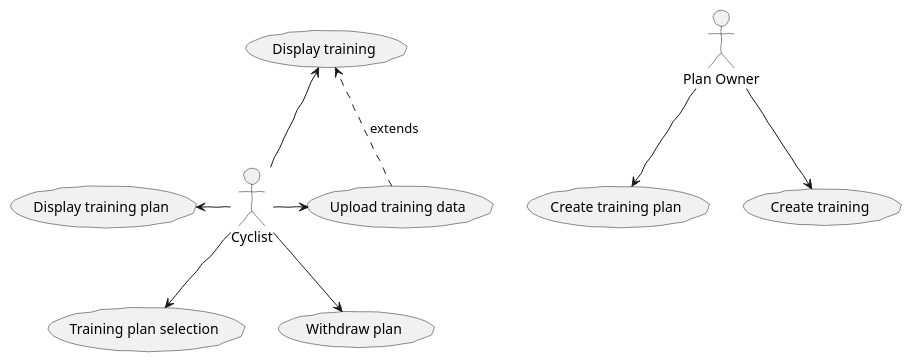
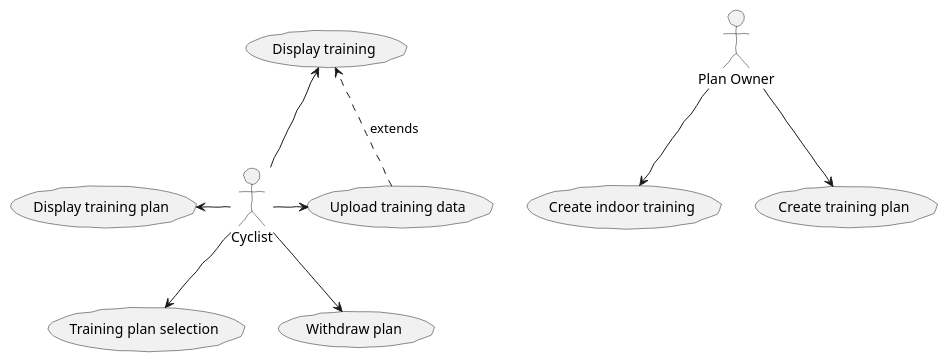
Before and after one commit to maciejmalecki/ciclismo: the diagram in doc/includes/_01_requirements.adoc, drawn with PlantUML. The commit also changed other lines of this file, not shown here.

Commit message:
training

```diff
--- a/doc/includes/_01_requirements.adoc
+++ b/doc/includes/_01_requirements.adoc
@@ -10,23 +10,23 @@
 [plantuml, actors, png]
 ....
 skinparam handwritten true
 top to bottom direction
 :Cyclist:
 :Plan Owner: as Trainer
 (Training plan selection) as UC01
 (Display training plan) as UC02
 (Upload training data) as UC03
 (Display training) as UC04
 (Withdraw plan) as UC05
+(Create indoor training) as UC12
 (Create training plan) as UC11
-(Create training) as UC12
 
 :Cyclist: --> UC01
 :Cyclist: -left-> UC02
 :Cyclist: -> UC03
 :Cyclist: -up-> UC04
 :Cyclist: --> UC05
 UC03 .> UC04 : extends
 Trainer --> UC11
 Trainer --> UC12
 ....
```
